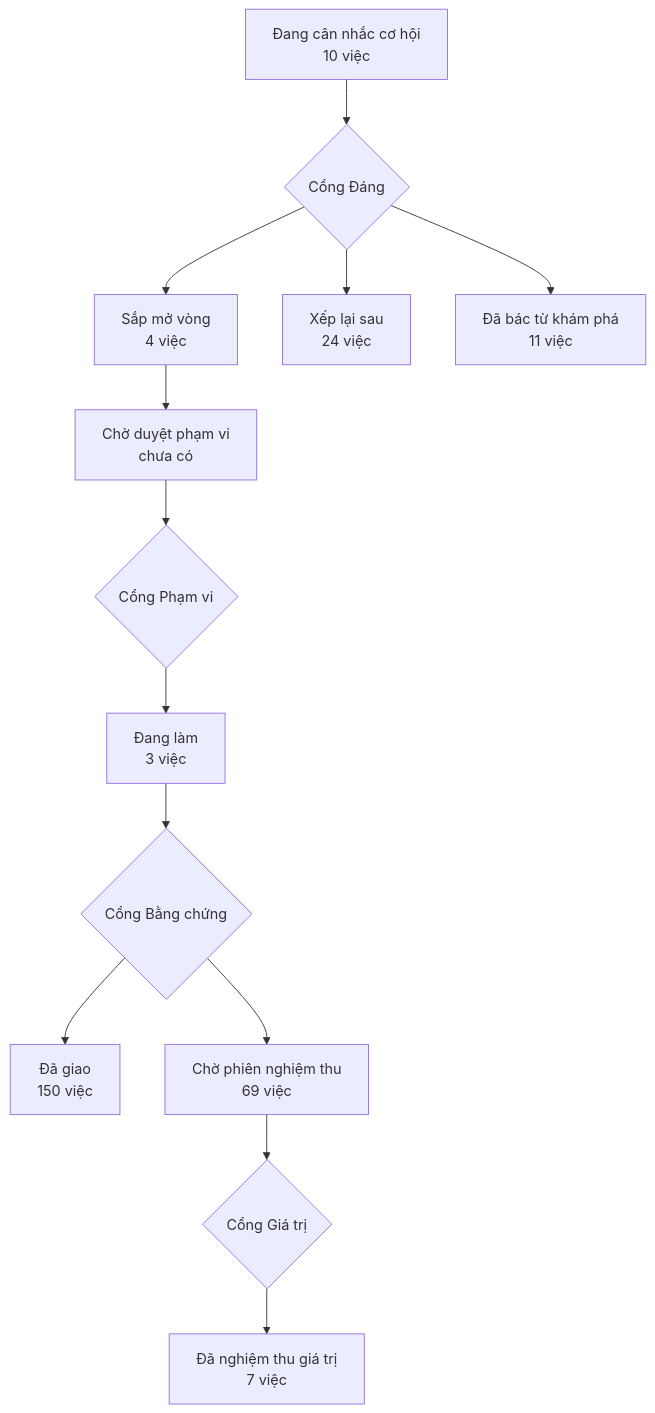
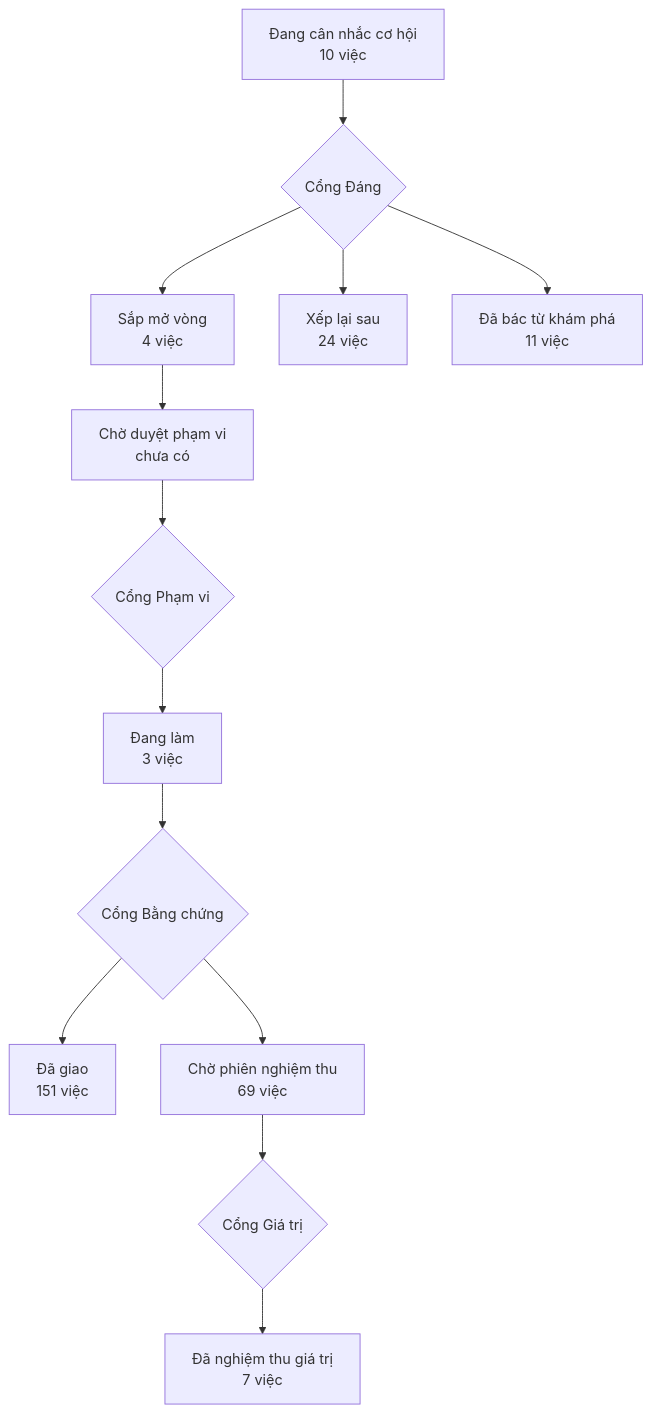
Before and after one commit to phanlemanh/acceptance-gate-kit: the diagram in PRODUCT-MAP.md, drawn with Mermaid. The commit also changed other lines of this file and 1 other file, not shown here.

Commit message:
luot-kiem-nhe: vẽ lại bản đồ sau gộp main 11dfcd7f

````diff
--- a/PRODUCT-MAP.md
+++ b/PRODUCT-MAP.md
@@ -7,12 +7,12 @@
 ```mermaid
 flowchart TD
   A["Đang cân nhắc cơ hội<br/>10 việc"] --> GD{"Cổng Đáng"}
   GD --> B["Sắp mở vòng<br/>4 việc"]
   GD --> XL["Xếp lại sau<br/>24 việc"]
   GD --> DB["Đã bác từ khám phá<br/>11 việc"]
   B --> CD["Chờ duyệt phạm vi<br/>chưa có"] --> GP{"Cổng Phạm vi"}
   GP --> DL["Đang làm<br/>3 việc"] --> GB{"Cổng Bằng chứng"}
-  GB --> DG["Đã giao<br/>150 việc"]
+  GB --> DG["Đã giao<br/>151 việc"]
   GB --> CN["Chờ phiên nghiệm thu<br/>69 việc"] --> GG{"Cổng Giá trị"}
   GG --> NT["Đã nghiệm thu giá trị<br/>7 việc"]
 ```
````
